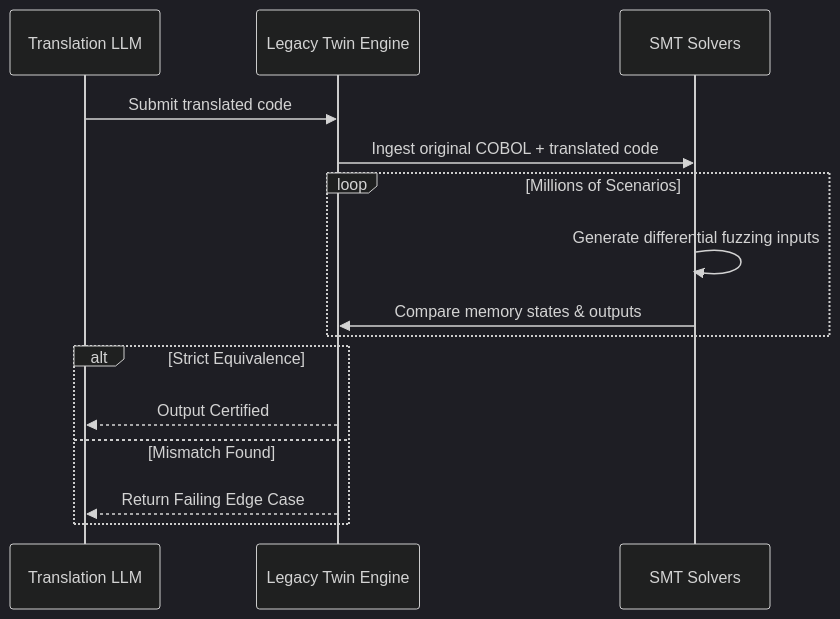
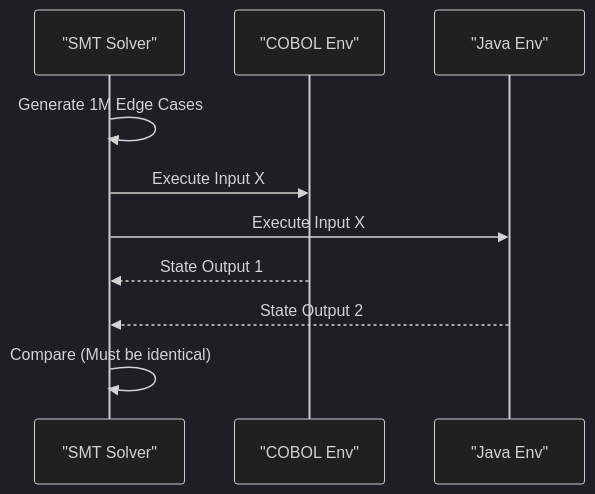
Before and after one commit to flouzzy/top-100-ai-startup-ideas: the second of 2 diagrams in ideas/legacy-twin/README.md, drawn with Mermaid (dark theme). The commit also changed other lines of this file and 41 other files, not shown here.

````diff
--- a/ideas/legacy-twin/README.md
+++ b/ideas/legacy-twin/README.md
@@ -39,17 +41,12 @@
 ```mermaid
 sequenceDiagram
-    participant LLM as Translation LLM
-    participant LT as Legacy Twin Engine
-    participant SMT as SMT Solvers
-    LLM->>LT: Submit translated code
-    LT->>SMT: Ingest original COBOL + translated code
-    loop Millions of Scenarios
-        SMT->>SMT: Generate differential fuzzing inputs
-        SMT->>LT: Compare memory states & outputs
-    end
-    alt Strict Equivalence
-        LT-->>LLM: Output Certified
-    else Mismatch Found
-        LT-->>LLM: Return Failing Edge Case
-    end
+    participant SMT as "SMT Solver"
+    participant Legacy as "COBOL Env"
+    participant Mod as "Java Env"
+    SMT->>SMT: Generate 1M Edge Cases
+    SMT->>Legacy: Execute Input X
+    SMT->>Mod: Execute Input X
+    Legacy-->>SMT: State Output 1
+    Mod-->>SMT: State Output 2
+    SMT->>SMT: Compare (Must be identical)
 ```
````
